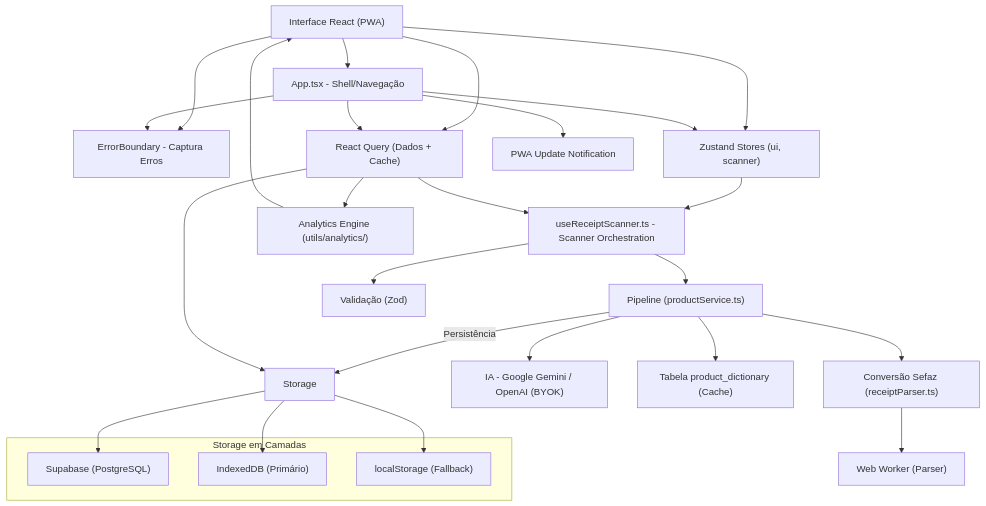
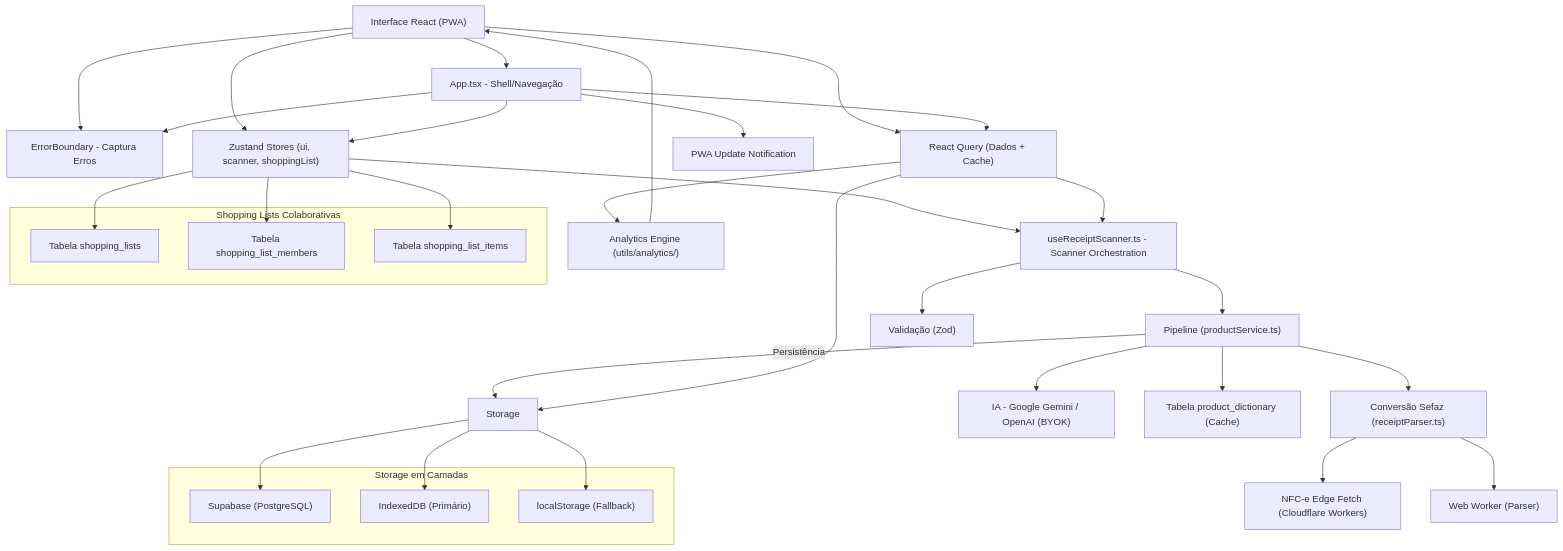
One commit to Bosguega/gaveta changed the first of 2 diagrams in apps/my_mercado/ARCHITECTURE.md. Above: the diagram before and after it, drawn with Mermaid. The commit also changed other lines of this file and 1 other file, not shown here.

Commit message:
docs: add architecture documentation and project rules configuration

````diff
--- a/apps/my_mercado/ARCHITECTURE.md
+++ b/apps/my_mercado/ARCHITECTURE.md
@@ -65,49 +78,61 @@
 ```mermaid
 graph TD
     UI["Interface React (PWA)"]
     App["App.tsx - Shell/Navegação"]
     ErrorBoundary["ErrorBoundary - Captura Erros"]
-    Stores["Zustand Stores (ui, scanner)"]
+    Stores["Zustand Stores (ui, scanner, shoppingList)"]
     Query["React Query (Dados + Cache)"]
     ScannerHook["useReceiptScanner.ts - Scanner Orchestration"]
     Analytics["Analytics Engine (utils/analytics/)"]
     Pipeline["Pipeline (productService.ts)"]
     Services["Conversão Sefaz (receiptParser.ts)"]
     AI["IA - Google Gemini / OpenAI (BYOK)"]
     Validation["Validação (Zod)"]
     Dictionary["Tabela product_dictionary (Cache)"]
+    NFCE["NFC-e Edge Fetch (Cloudflare Workers)"]
 
     subgraph "Storage em Camadas"
         Supabase["Supabase (PostgreSQL)"]
         IndexedDB["IndexedDB (Primário)"]
         LocalStorage["localStorage (Fallback)"]
+    end
+
+    subgraph "Shopping Lists Colaborativas"
+        CollabLists["Tabela shopping_lists"]
+        CollabMembers["Tabela shopping_list_members"]
+        CollabItems["Tabela shopping_list_items"]
     end
 
     Worker["Web Worker (Parser)"]
     PWA["PWA Update Notification"]
 
     UI --> App
     UI --> ErrorBoundary
     UI --> Stores
     UI --> Query
     App --> ErrorBoundary
     App --> Stores
     App --> Query
     App --> PWA
     Stores --> ScannerHook
     Query --> ScannerHook
     Query --> Analytics
     ScannerHook --> Validation
     ScannerHook --> Pipeline
     Pipeline --> Services
     Pipeline --> Dictionary
     Pipeline --> AI
     Pipeline -- "Persistência" --> Storage
     Query --> Storage
     Analytics --> UI
     Services --> Worker
+    Services --> NFCE
 
     Storage --> Supabase
     Storage --> IndexedDB
     Storage --> LocalStorage
+
+    Stores --> CollabLists
+    Stores --> CollabMembers
+    Stores --> CollabItems
 ```
````
